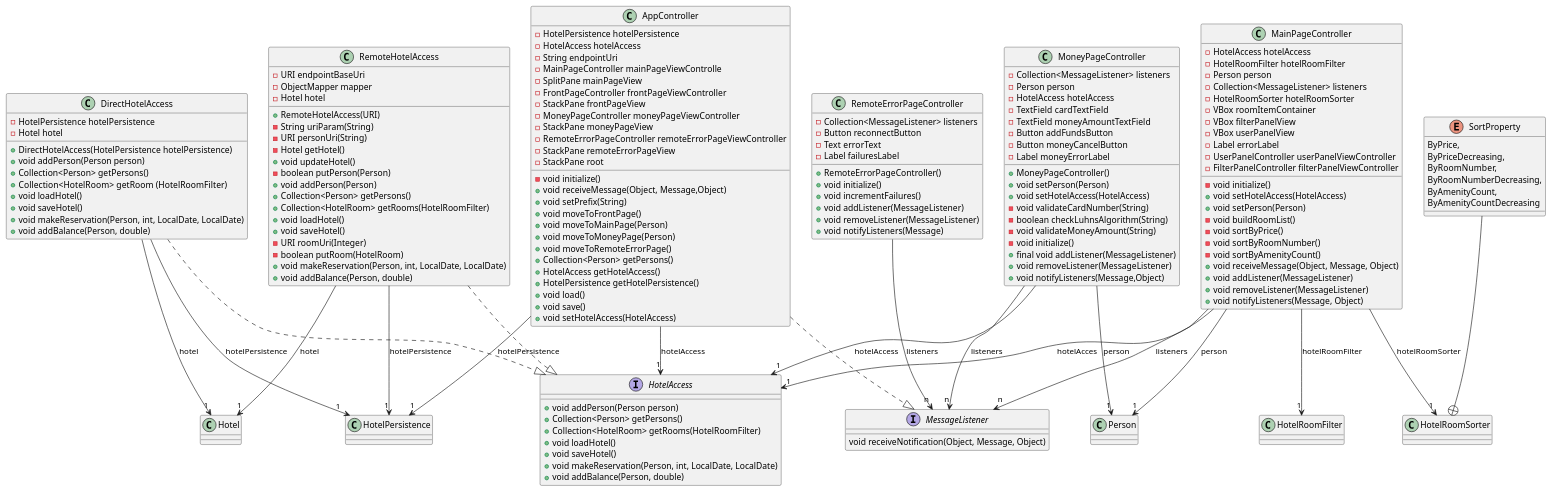
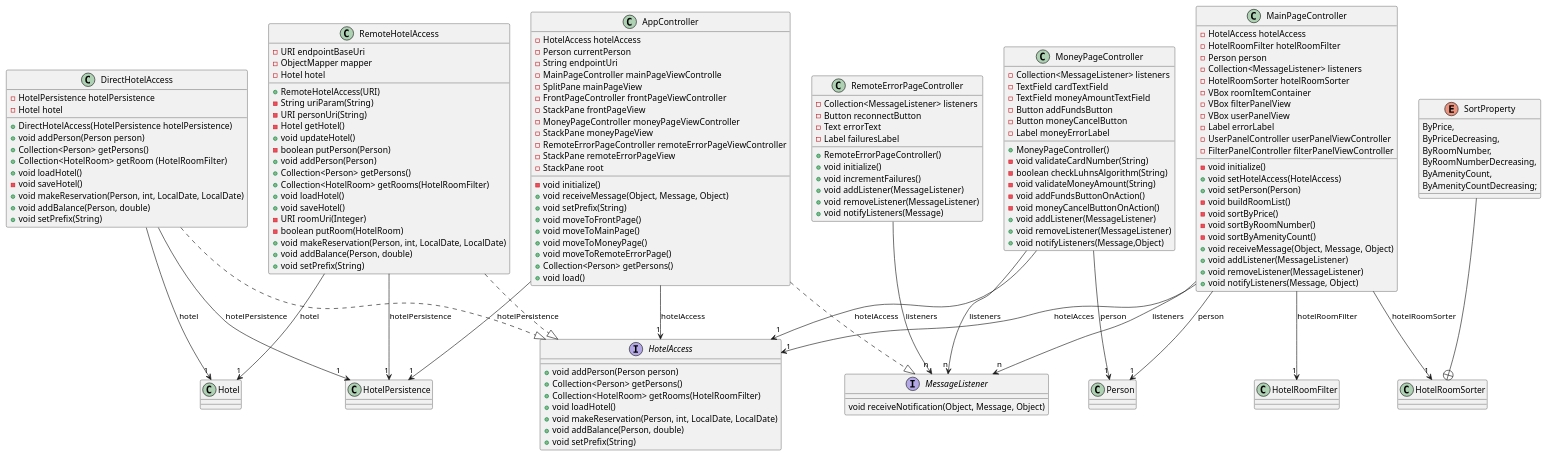
The diagram in docs/modules/ui1.md (erlendps/IT1901---HotelSys), drawn with PlantUML before and after one commit. The commit also changed 1 other file, not shown here.

Commit message:
#154 Update class diagram to match new changes

```diff
--- a/docs/modules/ui1.md
+++ b/docs/modules/ui1.md
@@ -9,9 +9,10 @@
     + Collection<Person> getPersons()
     + Collection<HotelRoom> getRoom  (HotelRoomFilter)
     + void loadHotel()
-    + void saveHotel()
+    - void saveHotel()
     + void makeReservation(Person, int, LocalDate, LocalDate)
     + void addBalance(Person, double)
+    + void setPrefix(String)
 }
 
 class RemoteHotelAccess {
@@ -34,11 +35,12 @@
     - boolean putRoom(HotelRoom)
     + void makeReservation(Person, int, LocalDate, LocalDate)
     + void addBalance(Person, double) 
+    + void setPrefix(String)
 }
 
 class AppController {
-    - HotelPersistence hotelPersistence
     - HotelAccess hotelAccess
+    - Person currentPerson
     - String endpointUri
     - MainPageController mainPageViewControlle
     - SplitPane mainPageView
@@ -51,18 +53,14 @@
     - StackPane root
 
     - void initialize()
-    + void receiveMessage(Object, Message,Object)
+    + void receiveMessage(Object, Message, Object)
     + void setPrefix(String)
     + void moveToFrontPage()
-    + void moveToMainPage(Person)
-    + void moveToMoneyPage(Person)
+    + void moveToMainPage()
+    + void moveToMoneyPage()
     + void moveToRemoteErrorPage()
     + Collection<Person> getPersons()
-    + HotelAccess getHotelAccess()
-    + HotelPersistence getHotelPersistence()
     + void load()
-    + void save()
-    + void setHotelAccess(HotelAccess)
 }
 
 class MainPageController {
@@ -93,8 +91,6 @@
 
 class MoneyPageController {
     - Collection<MessageListener> listeners
-    - Person person
-    - HotelAccess hotelAccess
     - TextField cardTextField
     - TextField moneyAmountTextField
     - Button addFundsButton
@@ -102,13 +98,12 @@
     - Label moneyErrorLabel
 
     + MoneyPageController()
-    + void setPerson(Person)
-    + void setHotelAccess(HotelAccess)
     - void validateCardNumber(String)
     - boolean checkLuhnsAlgorithm(String)
     - void validateMoneyAmount(String)
-    - void initialize()
-    + final void addListener(MessageListener)
+    - void addFundsButtonOnAction()
+    - void moneyCancelButtonOnAction()
+    + void addListener(MessageListener)
     + void removeListener(MessageListener)
     + void notifyListeners(Message,Object)
 }
@@ -133,7 +128,7 @@
     ByRoomNumber,
     ByRoomNumberDecreasing,
     ByAmenityCount,
-    ByAmenityCountDecreasing
+    ByAmenityCountDecreasing;
 }
 
 interface HotelAccess {
@@ -141,9 +136,9 @@
     + Collection<Person> getPersons()
     + Collection<HotelRoom> getRooms(HotelRoomFilter)
     + void loadHotel()
-    + void saveHotel()
     + void makeReservation(Person, int, LocalDate, LocalDate)
     + void addBalance(Person, double)
+    + void setPrefix(String)
 }
 
 interface MessageListener {
```
